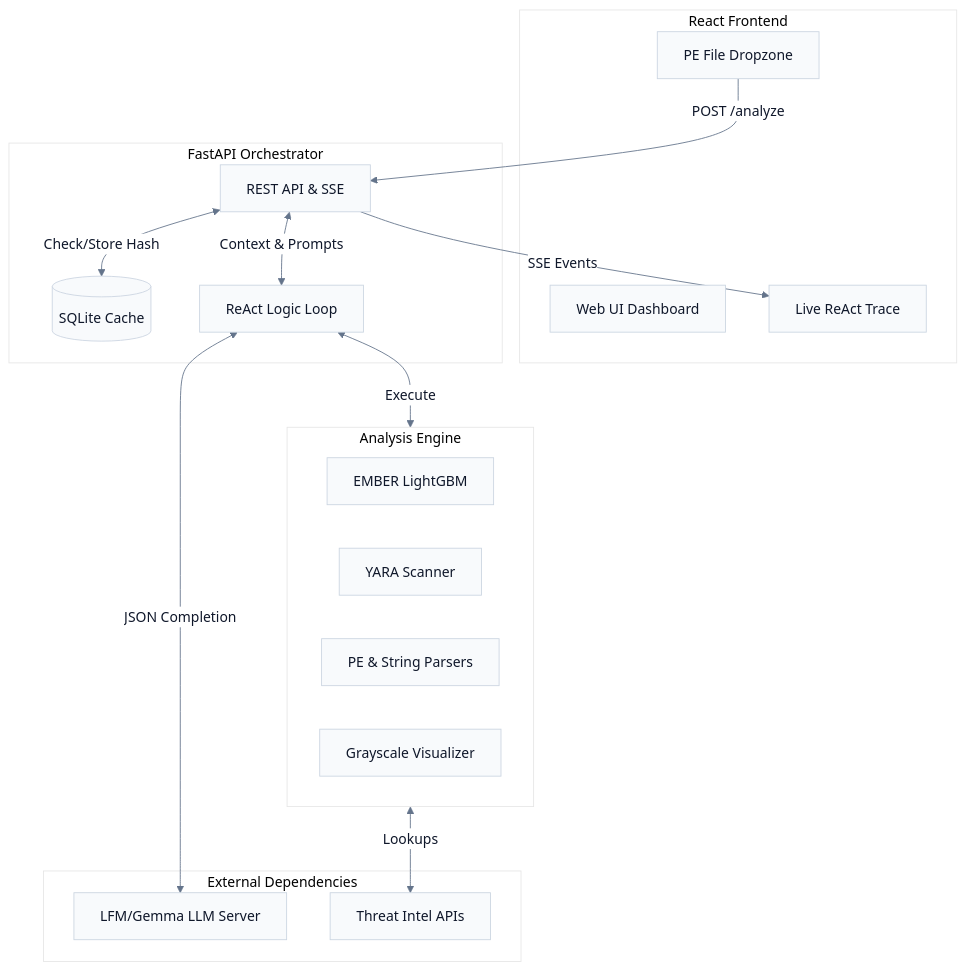
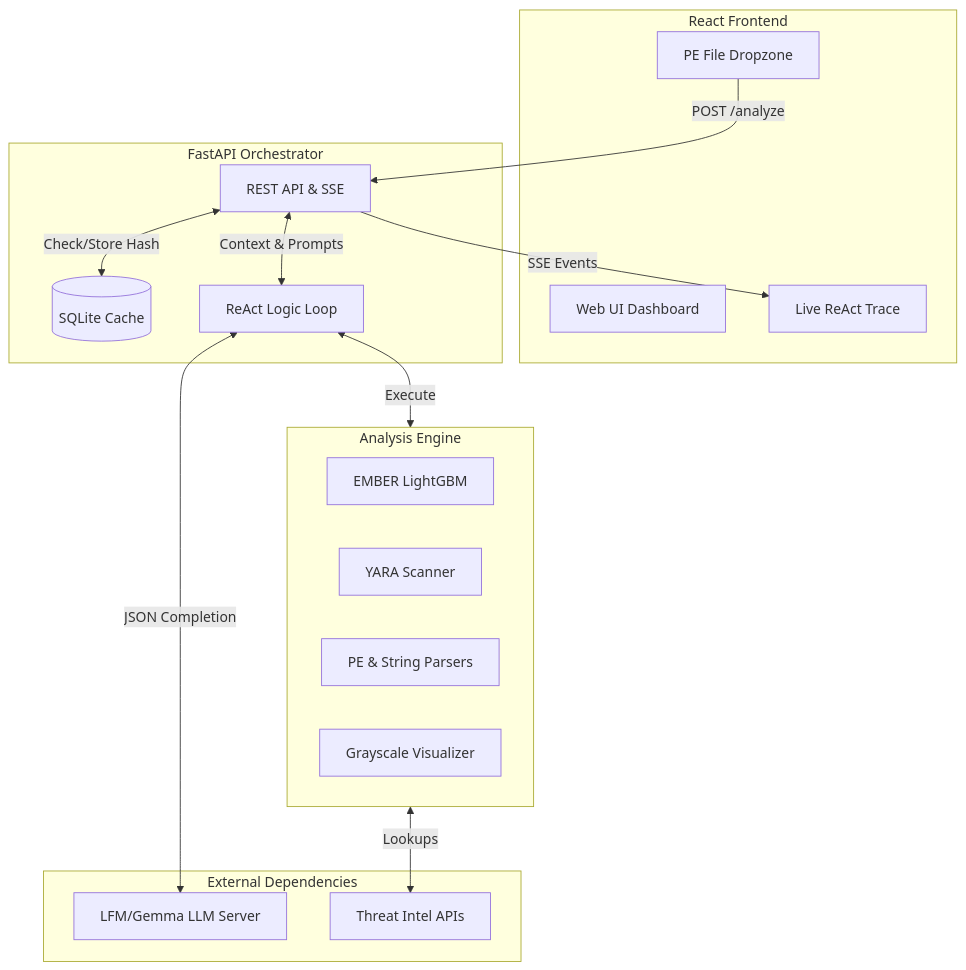
The second of 2 diagrams in README.md (mohamedsameh20/MalWhere), drawn with Mermaid before and after one commit. The commit also changed other lines of this file, not shown here.

Commit message:
docs: Revert custom Mermaid diagram themes to default styling

````diff
--- a/README.md
+++ b/README.md
@@ -88,35 +87,34 @@
 ```mermaid
-%%{init: { 'theme': 'base', 'themeVariables': { 'background': '#ffffff', 'primaryColor': '#f8fafc', 'primaryTextColor': '#0f172a', 'lineColor': '#64748b', 'nodeBorder': '#cbd5e1', 'edgeLabelBackground': '#ffffff' } }}%%
 flowchart TD
     subgraph Frontend[React Frontend]
         UI[Web UI Dashboard]
         Upload[PE File Dropzone]
         Trace[Live ReAct Trace]
     end
 
     subgraph Backend[FastAPI Orchestrator]
         API[REST API & SSE]
         Cache[(SQLite Cache)]
         Agent[ReAct Logic Loop]
     end
 
     subgraph Tools[Analysis Engine]
         ML[EMBER LightGBM]
         YARA[YARA Scanner]
         Static[PE & String Parsers]
         Visual[Grayscale Visualizer]
     end
 
     subgraph External[External Dependencies]
         LLM[LFM/Gemma LLM Server]
         TI[Threat Intel APIs]
     end
 
     Upload -->|POST /analyze| API
     API <-->|Check/Store Hash| Cache
     API <-->|Context & Prompts| Agent
     Agent <-->|Execute| Tools
     Agent <-->|JSON Completion| LLM
     Tools <-->|Lookups| TI
     API -->|SSE Events| Trace
 ```
````
